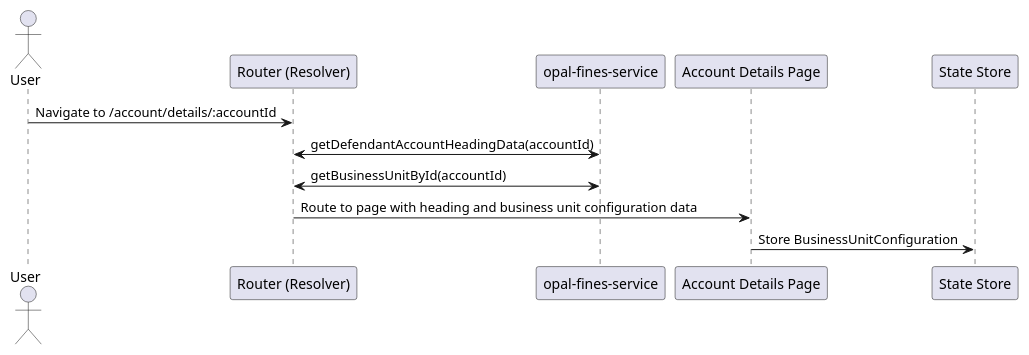
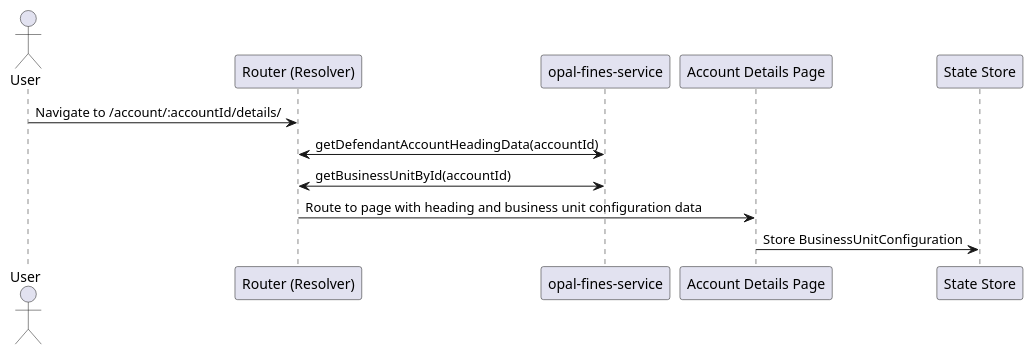
Before and after one commit to hmcts/opal-docs: the diagram in plantUML/fae-view-defendant-account-summary/fae-account-header-summary-ui.puml, drawn with PlantUML. The commit also changed 3 other files, not shown here.

Commit message:
update route paths in debtor and creditor amendment diagrams

```diff
--- a/plantUML/fae-view-defendant-account-summary/fae-account-header-summary-ui.puml
+++ b/plantUML/fae-view-defendant-account-summary/fae-account-header-summary-ui.puml
@@ -1,13 +1,13 @@
 @startuml
 actor User
 participant "Router (Resolver)" as Resolver
 participant "opal-fines-service" as Api
 participant "Account Details Page" as Page
 participant "State Store" as Store
 
-User -> Resolver : Navigate to /account/details/:accountId
+User -> Resolver : Navigate to /account/:accountId/details/
 Resolver <-> Api : getDefendantAccountHeadingData(accountId)
 Resolver <-> Api : getBusinessUnitById(accountId)
 Resolver -> Page : Route to page with heading and business unit configuration data
 Page -> Store : Store BusinessUnitConfiguration
 @enduml
```
